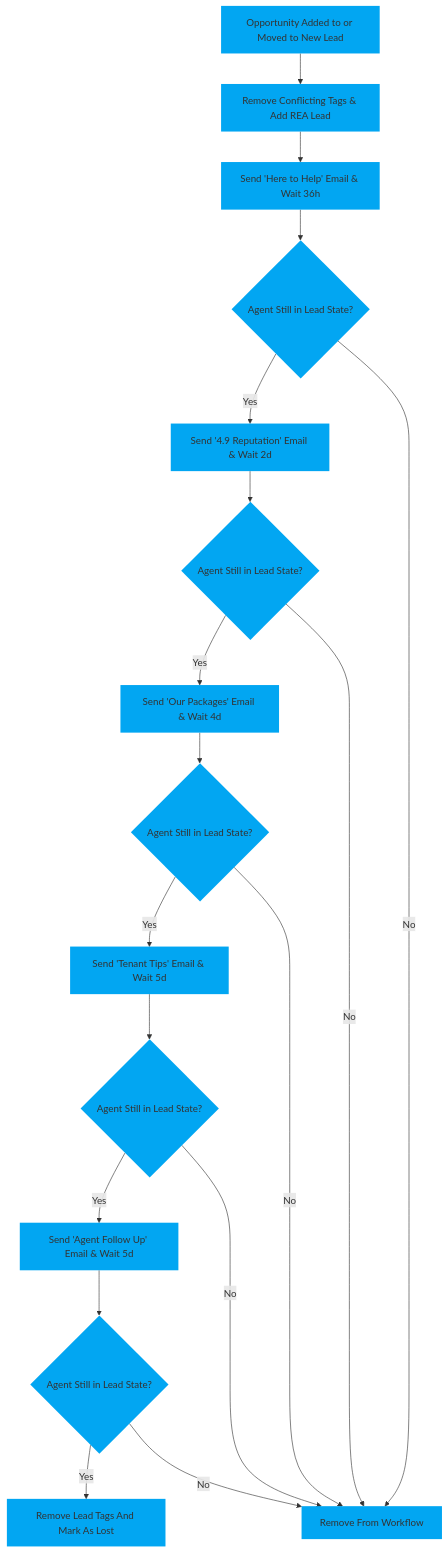
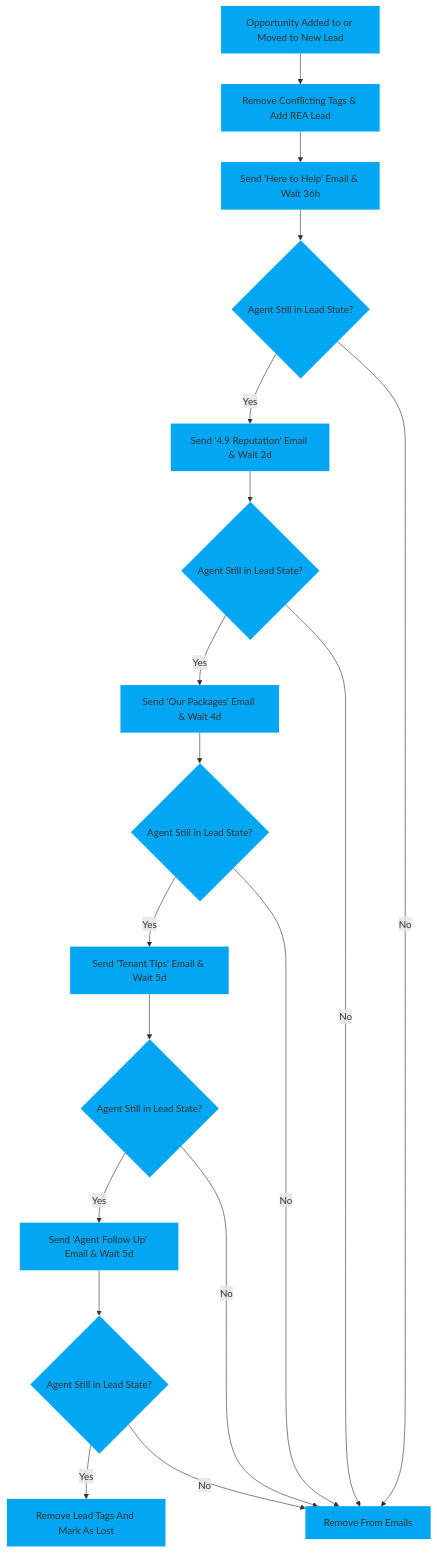
The diagram in docs/automations/campaigns/agents/first-contact.md (GHHS-Fahren/GHL-Docs), drawn with Mermaid before and after one commit. The commit also changed other lines of this file and 26 other files, not shown here.

````diff
--- a/docs/automations/campaigns/agents/first-contact.md
+++ b/docs/automations/campaigns/agents/first-contact.md
@@ -12,37 +9,37 @@
 ```mermaid
 flowchart TD
-    A[Opportunity Added to or Moved to New Lead]:::colour;
-    B[Remove Conflicting Tags & Add REA Lead]:::colour;
-    C[Send 'Here to Help' Email & Wait 36h]:::colour;
-    D{Agent Still in Lead State?}:::colour;
-    E[Send '4.9 Reputation' Email & Wait 2d]:::colour;
-    F{Agent Still in Lead State?}:::colour;
-    G[Send 'Our Packages' Email & Wait 4d]:::colour;
-    H{Agent Still in Lead State?}:::colour;
-    I[Send 'Tenant Tips' Email & Wait 5d]:::colour;
-    J{Agent Still in Lead State?}:::colour;
-    K[Send 'Agent Follow Up' Email & Wait 5d]:::colour;
-    L{Agent Still in Lead State?}:::colour;
-    M[Remove Lead Tags And Mark As Lost]:::colour;
-    N[Remove From Workflow]:::colour;
+    opp-moved[Opportunity Added to or Moved to New Lead]:::colour;
+    del-tags[Remove Conflicting Tags & Add REA Lead]:::colour;
+    first-email[Send 'Here to Help' Email & Wait 36h]:::colour;
+    first-check{Agent Still in Lead State?}:::colour;
+    second-email[Send '4.9 Reputation' Email & Wait 2d]:::colour;
+    second-check{Agent Still in Lead State?}:::colour;
+    third-email[Send 'Our Packages' Email & Wait 4d]:::colour;
+    third-check{Agent Still in Lead State?}:::colour;
+    fourth-email[Send 'Tenant Tips' Email & Wait 5d]:::colour;
+    fourth-check{Agent Still in Lead State?}:::colour;
+    fifth-email[Send 'Agent Follow Up' Email & Wait 5d]:::colour;
+    fifth-check{Agent Still in Lead State?}:::colour;
+    clear-lead[Remove Lead Tags And Mark As Lost]:::colour;
+    workflow-rem[Remove From Emails]:::colour;
 
-    A --> B
-    B --> C
-    C --> D
-    D --"Yes"--> E
-    E --> F
-    F --"Yes"--> G
-    G --> H
-    H --"Yes"--> I
-    I --> J
-    J --"Yes"--> K
-    K --> L
-    L --"Yes"--> M
-    D --"No"--> N
-    F --"No"--> N
-    H --"No"--> N
-    J --"No"--> N
-    L --"No"--> N
+    opp-moved --> del-tags
+    del-tags --> first-email
+    first-email --> first-check
+    first-check --"Yes"--> second-email
+    second-email --> second-check
+    second-check --"Yes"--> third-email
+    third-email --> third-check
+    third-check --"Yes"--> fourth-email
+    fourth-email --> fourth-check
+    fourth-check --"Yes"--> fifth-email
+    fifth-email --> fifth-check
+    fifth-check --"Yes"--> clear-lead
+    first-check --"No"--> workflow-rem
+    second-check --"No"--> workflow-rem
+    third-check --"No"--> workflow-rem
+    fourth-check --"No"--> workflow-rem
+    fifth-check --"No"--> workflow-rem
 
     classDef colour fill:#02A6F2,stroke-width:0px;
 ```
````
